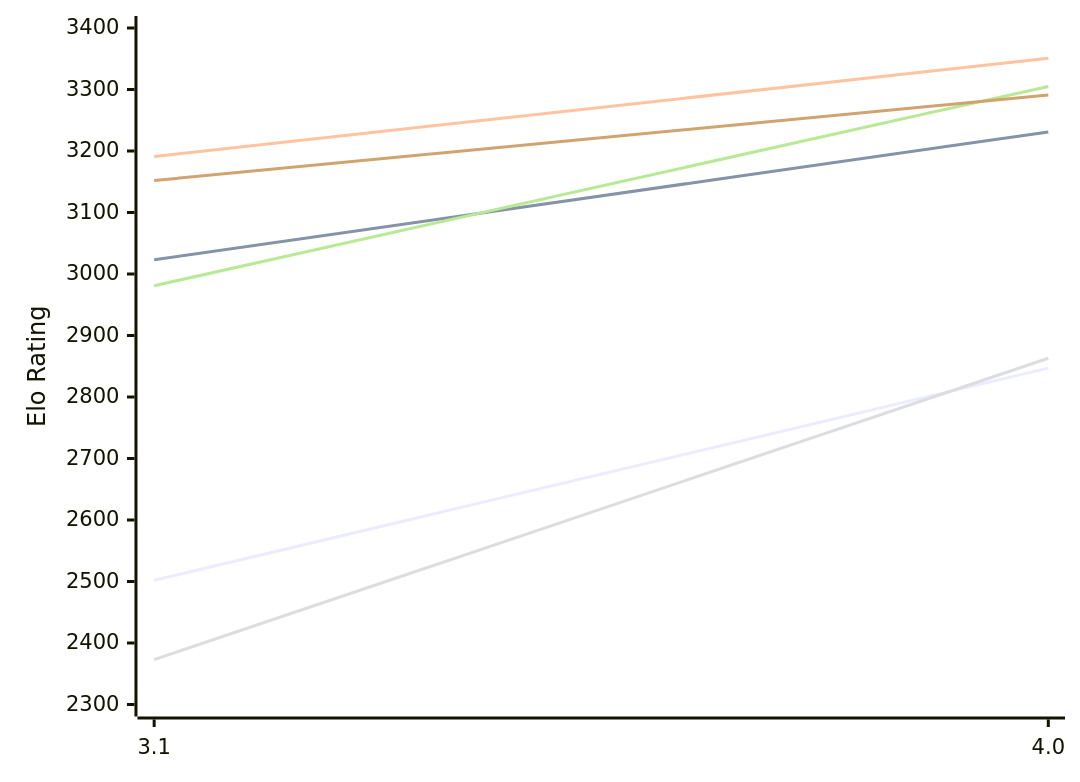
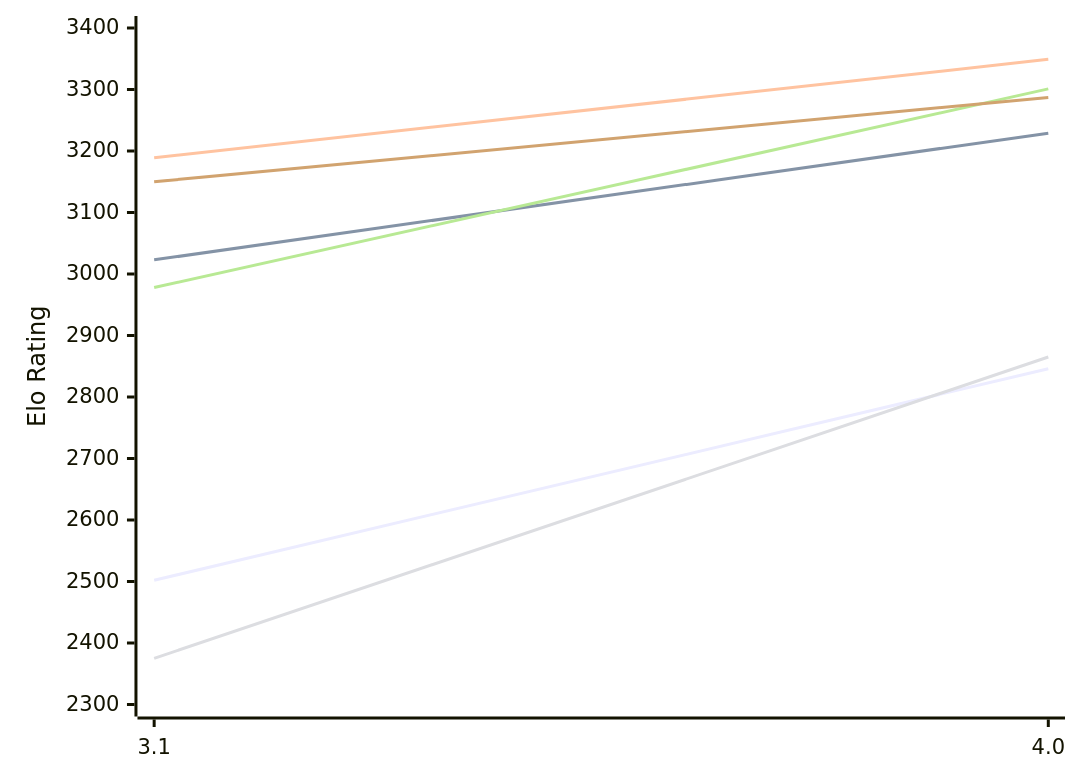
Before and after one commit to computer-chess-index/cci: the first of 2 diagrams in engines/Sykora.md, drawn with Mermaid. The commit also changed other lines of this file, not shown here.

Commit message:
Update CCI Ratings (ELO VLTC) - 2026-11-19

````diff
--- a/engines/Sykora.md
+++ b/engines/Sykora.md
@@ -53,12 +53,12 @@
 ```mermaid
 %%{init: {"theme":"base","themeVariables":{"seriesColors:['#a3a3a3','#222221','#faa371']}}}%%
 xychart-beta
   x-axis ["3.1", "4.0"]
   y-axis "Elo Rating" 2300 --> 3400
-  line "E1: STC (8.0+0.08s)" [2502, 2847]
-  line "E1: LTC (60.0+0.60s)" [3023, 3231]
-  line "E1: VLTC (2m24s+1.12s)" [3191, 3351]
-  line "P1: STC (8.0+0.08s)" [2373, 2863]
-  line "P1: LTC (60.0+0.60s)" [2981, 3305]
-  line "P1: VLTC (2m24s+1.12s)" [3152, 3291]
+  line "E1: STC (8.0+0.08s)" [2502, 2846]
+  line "E1: LTC (60.0+0.60s)" [3023, 3229]
+  line "E1: VLTC (2m24s+1.12s)" [3189, 3349]
+  line "P1: STC (8.0+0.08s)" [2375, 2865]
+  line "P1: LTC (60.0+0.60s)" [2978, 3301]
+  line "P1: VLTC (2m24s+1.12s)" [3150, 3287]
 ```
````
